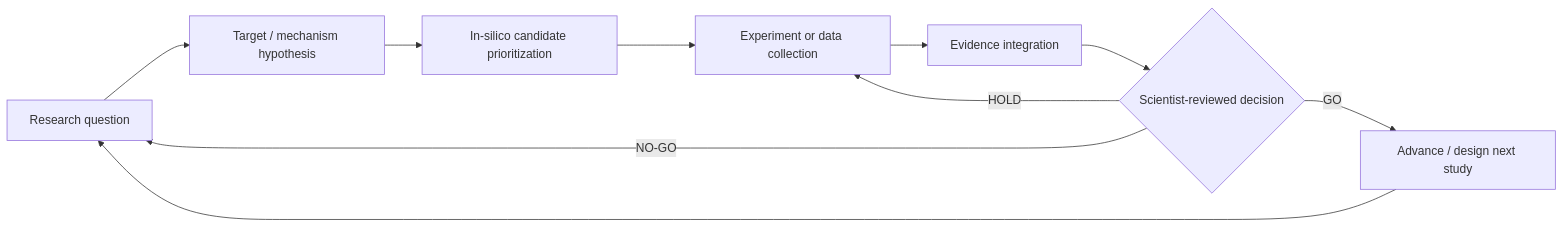
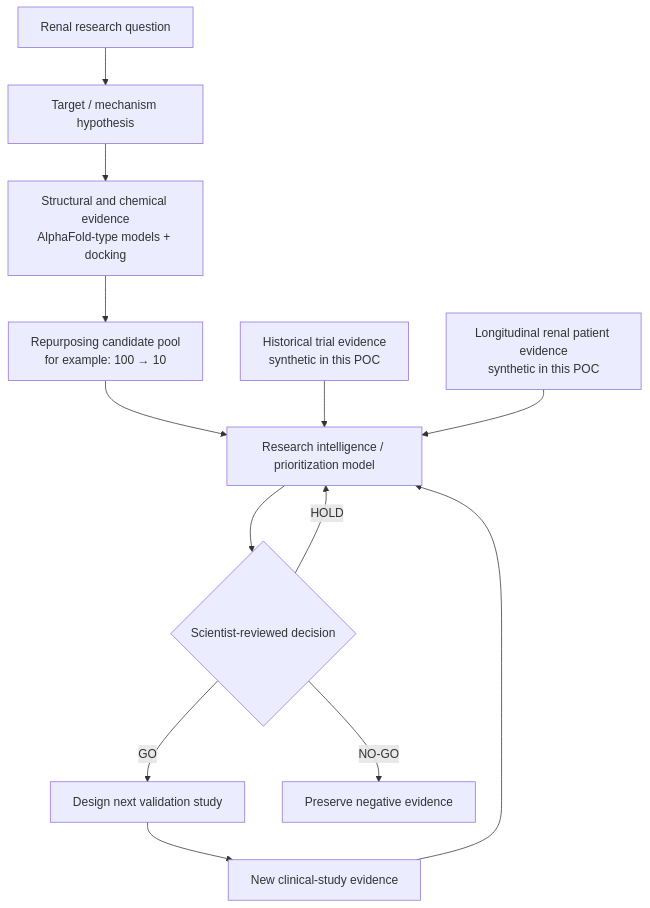
Before and after one commit to fmlin0429712024/synthetic-in-silico-research-loop: the diagram in README.md, drawn with Mermaid. The commit also changed other lines of this file and 4 other files, not shown here.

Commit message:
Model clinical evidence feedback loop

````diff
--- a/README.md
+++ b/README.md
@@ -11,12 +11,15 @@
 ```mermaid
-flowchart LR
-    Q[Research question] --> H[Target / mechanism hypothesis]
-    H --> C[In-silico candidate prioritization]
-    C --> E[Experiment or data collection]
-    E --> I[Evidence integration]
-    I --> D{Scientist-reviewed decision}
-    D -->|GO| N[Advance / design next study]
-    D -->|HOLD| E
-    D -->|NO-GO| Q
-    N --> Q
+flowchart TD
+    Q[Renal research question] --> H[Target / mechanism hypothesis]
+    H --> S[Structural and chemical evidence<br/>AlphaFold-type models + docking]
+    S --> C[Repurposing candidate pool<br/>for example: 100 → 10]
+    C --> M[Research intelligence / prioritization model]
+    T[Historical trial evidence<br/>synthetic in this POC] --> M
+    P[Longitudinal renal patient evidence<br/>synthetic in this POC] --> M
+    M --> D{Scientist-reviewed decision}
+    D -->|GO| N[Design next validation study]
+    D -->|HOLD| M
+    D -->|NO-GO| X[Preserve negative evidence]
+    N --> R[New clinical-study evidence]
+    R --> M
 ```
````
